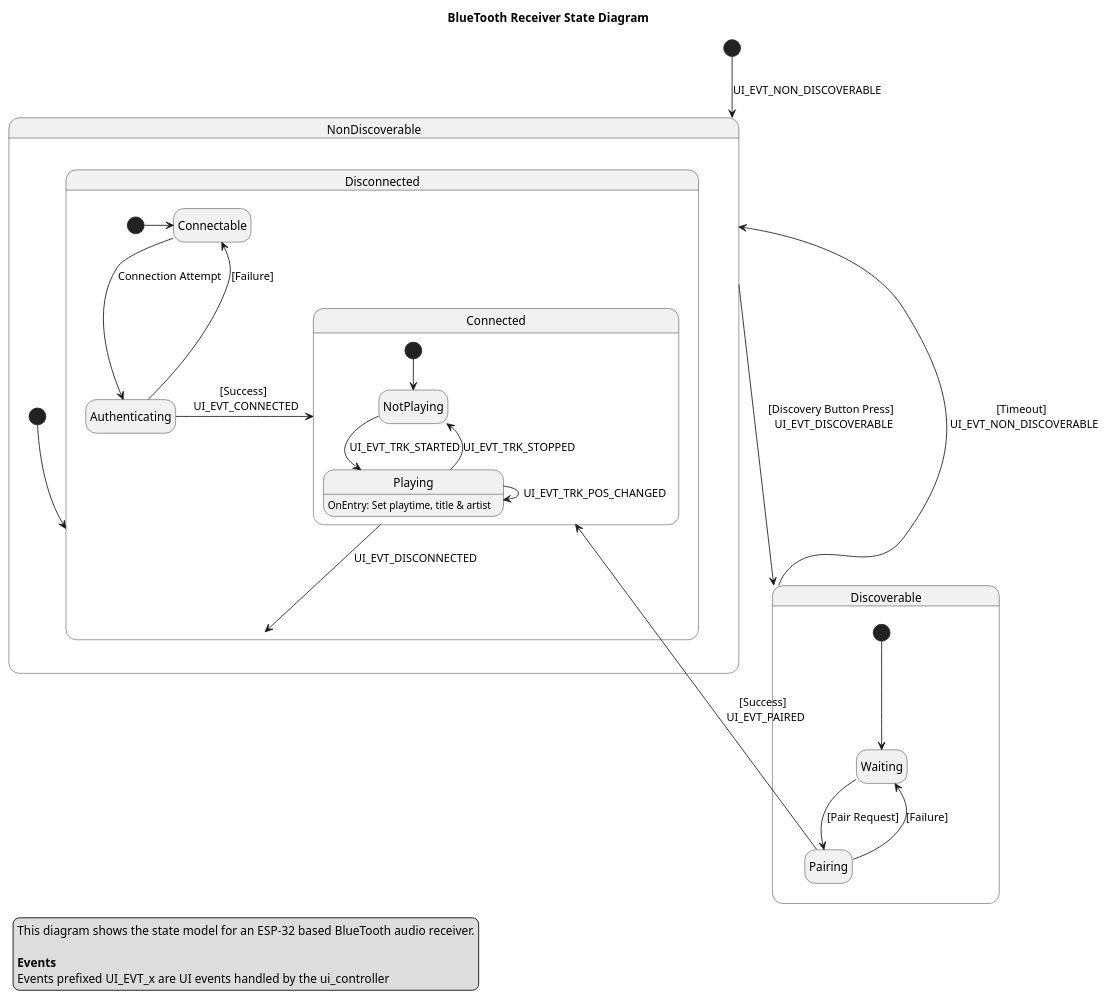
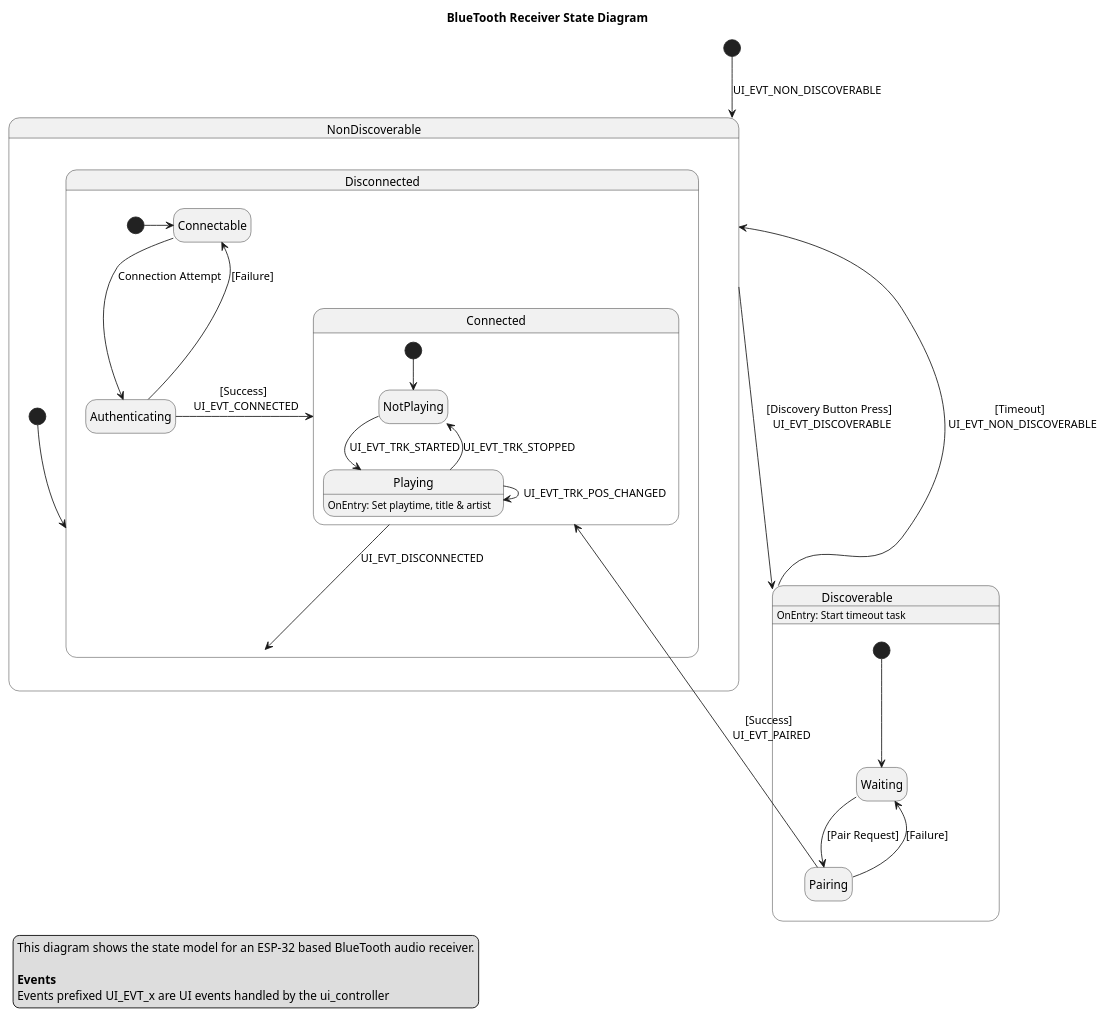
One commit to Scratchydisk/ESP32-Receiver changed the diagram in main/ReceiverStateModel.puml. Above: the diagram before and after it, drawn with PlantUML. The commit also changed 10 other files, not shown here.

```diff
--- a/main/ReceiverStateModel.puml
+++ b/main/ReceiverStateModel.puml
@@ -1,52 +1,53 @@
 @startuml BT Receiver
 
 hide empty description
 
 title
 BlueTooth Receiver State Diagram
 end title
 
 legend left
 This diagram shows the state model for an ESP-32 based BlueTooth audio receiver.
 
 **Events**
 Events prefixed UI_EVT_x are UI events handled by the ui_controller
 end legend
 
 [*] --> NonDiscoverable : UI_EVT_NON_DISCOVERABLE
 
 state NonDiscoverable {
 
     [*] --> Disconnected
     state Disconnected  {
         [*] -> Connectable
 
         Connectable --> Authenticating : Connection Attempt
         Authenticating -> Connectable : [Failure]
         Authenticating -> Connected : [Success] \n UI_EVT_CONNECTED
 
     }
 
     state Connected {
         [*] --> NotPlaying
         NotPlaying --> Playing : UI_EVT_TRK_STARTED
         Playing --> NotPlaying : UI_EVT_TRK_STOPPED
         Playing --> Playing : UI_EVT_TRK_POS_CHANGED
         Playing : OnEntry: Set playtime, title & artist
     }
 
     Connected --> Disconnected : UI_EVT_DISCONNECTED
 }
 
 NonDiscoverable ----> Discoverable : [Discovery Button Press] \n UI_EVT_DISCOVERABLE
 
 state Discoverable{
     [*] --> Waiting
     Waiting --> Pairing : [Pair Request]
     Pairing --> Connected : [Success] \n UI_EVT_PAIRED
     Pairing --> Waiting : [Failure]
 }
 
+Discoverable : OnEntry: Start timeout task
 Discoverable -u--> NonDiscoverable : [Timeout] \n UI_EVT_NON_DISCOVERABLE
 
 @enduml
```
